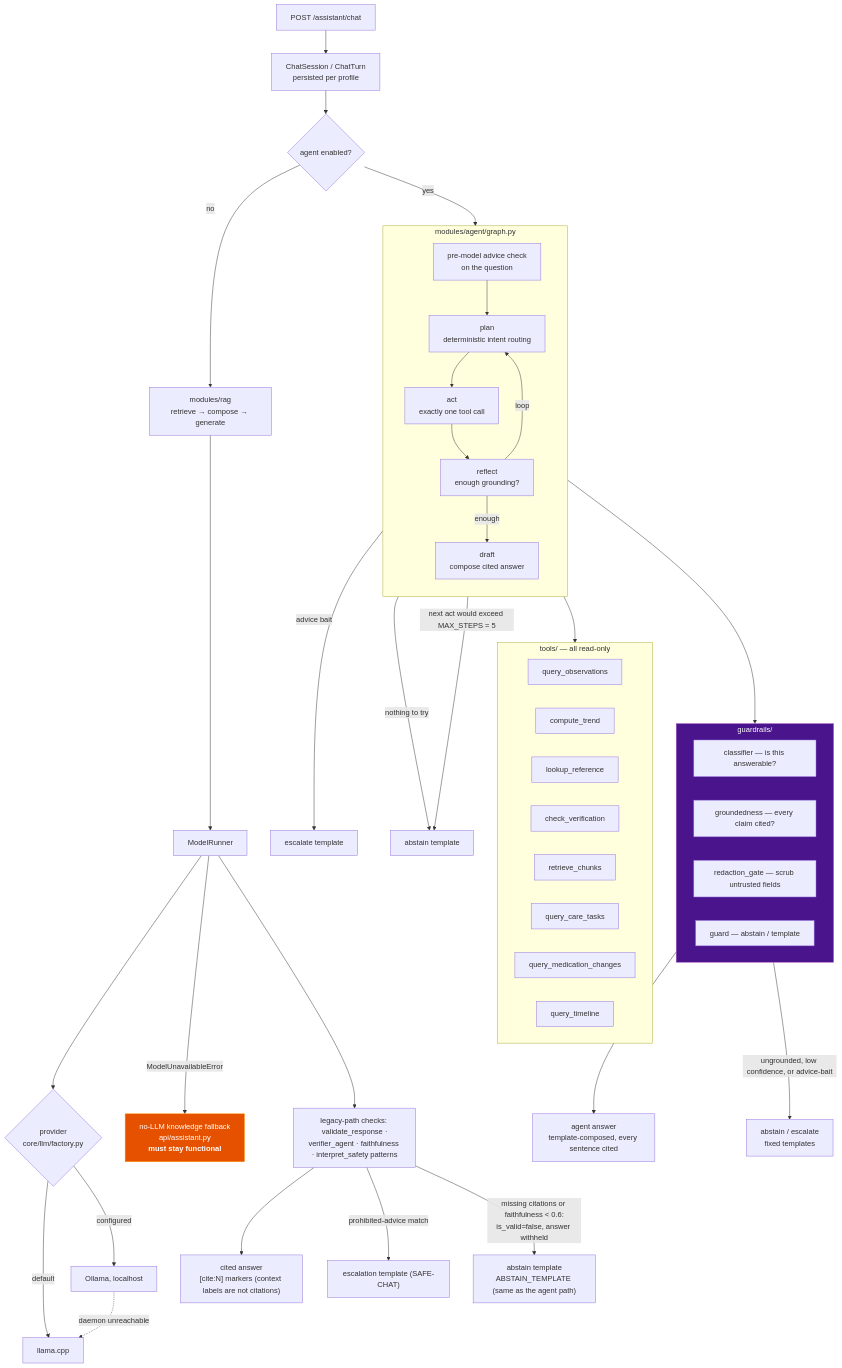
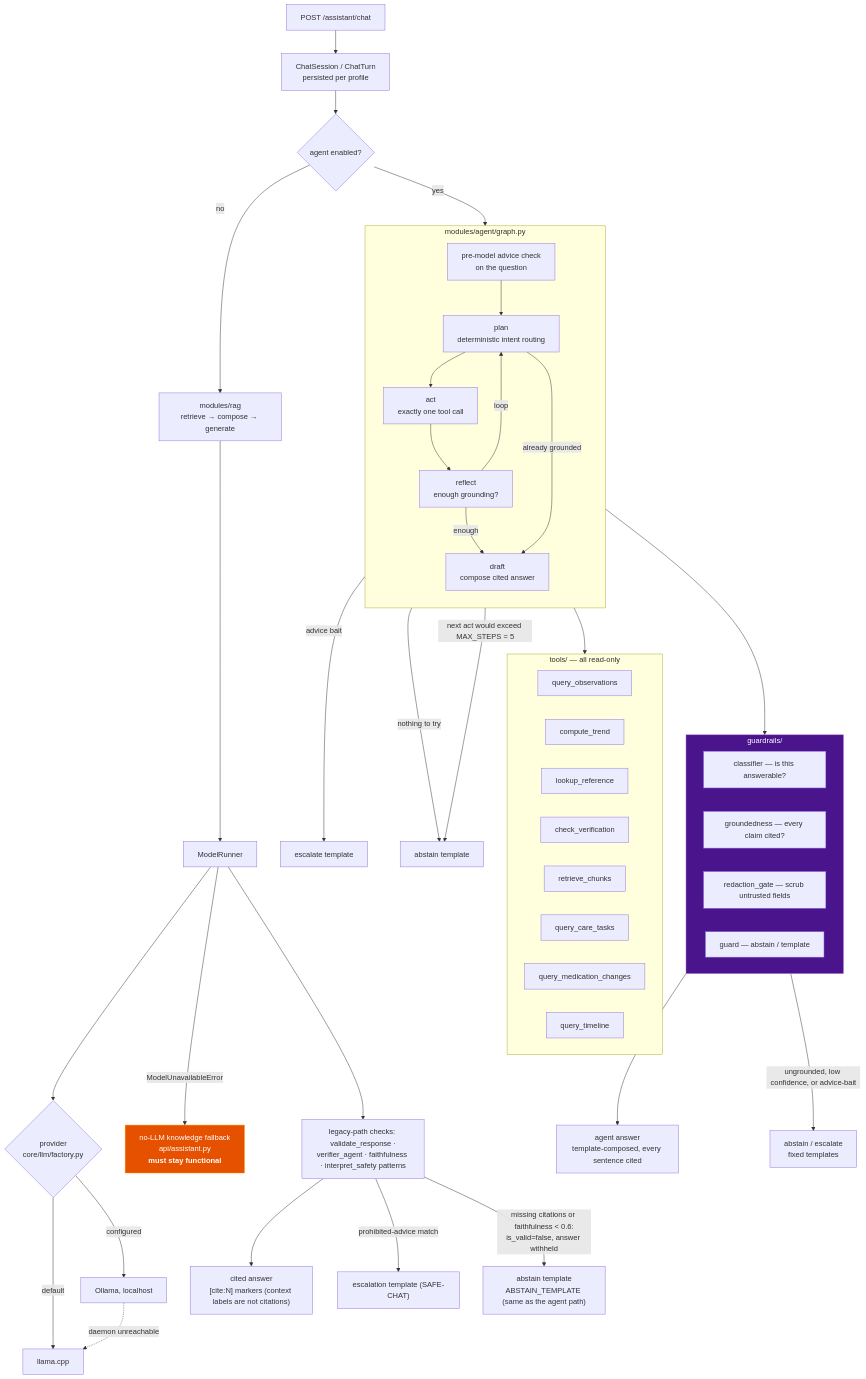
The second of 3 diagrams in docs/architecture/pipelines.md (BrooklynD23/HealthCentral), drawn with Mermaid before and after one commit. The commit also changed 3 other files, not shown here.

````diff
--- a/docs/architecture/pipelines.md
+++ b/docs/architecture/pipelines.md
@@ -80,60 +80,61 @@
 ```mermaid
 flowchart TD
     Q["POST /assistant/chat"] --> SESS["ChatSession / ChatTurn<br/>persisted per profile"]
     SESS --> ENABLED{"agent enabled?"}
 
     ENABLED -->|no| RAGONLY["modules/rag<br/>retrieve → compose → generate"]
     ENABLED -->|yes| GRAPH
 
     subgraph GRAPH["modules/agent/graph.py"]
         direction TB
         PRE["pre-model advice check<br/>on the question"]
         PLAN["plan<br/>deterministic intent routing"]
         ACT["act<br/>exactly one tool call"]
         REFLECT["reflect<br/>enough grounding?"]
         DRAFT["draft<br/>compose cited answer"]
         PRE --> PLAN --> ACT --> REFLECT
         REFLECT -->|"loop"| PLAN
         REFLECT -->|"enough"| DRAFT
+        PLAN -->|"already grounded"| DRAFT
     end
     PRE -->|"advice bait"| ESCQ["escalate template"]
     PLAN -->|"nothing to try"| ABSTP["abstain template"]
     REFLECT -->|"next act would exceed MAX_STEPS = 5"| ABSTP
 
     ACT --> TOOLS
     subgraph TOOLS["tools/ — all read-only"]
         T1["query_observations"]
         T2["compute_trend"]
         T3["lookup_reference"]
         T4["check_verification"]
         T5["retrieve_chunks"]
         T6["query_care_tasks"]
         T7["query_medication_changes"]
         T8["query_timeline"]
     end
 
     RAGONLY --> MR["ModelRunner"]
     MR --> PROV{"provider<br/>core/llm/factory.py"}
     PROV -->|default| LC["llama.cpp"]
     PROV -->|configured| OL["Ollama, localhost"]
     OL -.->|"daemon unreachable"| LC
     MR -->|"ModelUnavailableError"| FB["no-LLM knowledge fallback<br/>api/assistant.py<br/><b>must stay functional</b>"]
 
     DRAFT --> GUARD
     subgraph GUARD["guardrails/"]
         G1["classifier — is this answerable?"]
         G2["groundedness — every claim cited?"]
         G3["redaction_gate — scrub untrusted fields"]
         G4["guard — abstain / template"]
     end
 
     GUARD --> AOUT["agent answer<br/>template-composed, every sentence cited"]
     GUARD -->|"ungrounded, low confidence, or advice-bait"| ABSTAIN["abstain / escalate<br/>fixed templates"]
     MR --> SAFE["legacy-path checks: validate_response ·<br/>verifier_agent · faithfulness · interpret_safety patterns"]
     SAFE --> OUT["cited answer<br/>[cite:N] markers (context labels are not citations)"]
     SAFE -->|"prohibited-advice match"| ESC["escalation template (SAFE-CHAT)"]
     SAFE -->|"missing citations or faithfulness < 0.6:<br/>is_valid=false, answer withheld"| LABST["abstain template<br/>ABSTAIN_TEMPLATE (same as the agent path)"]
 
     style GUARD fill:#4a148c,stroke:#ba68c8,color:#fff
     style FB fill:#e65100,stroke:#ff9800,color:#fff
 ```
````
